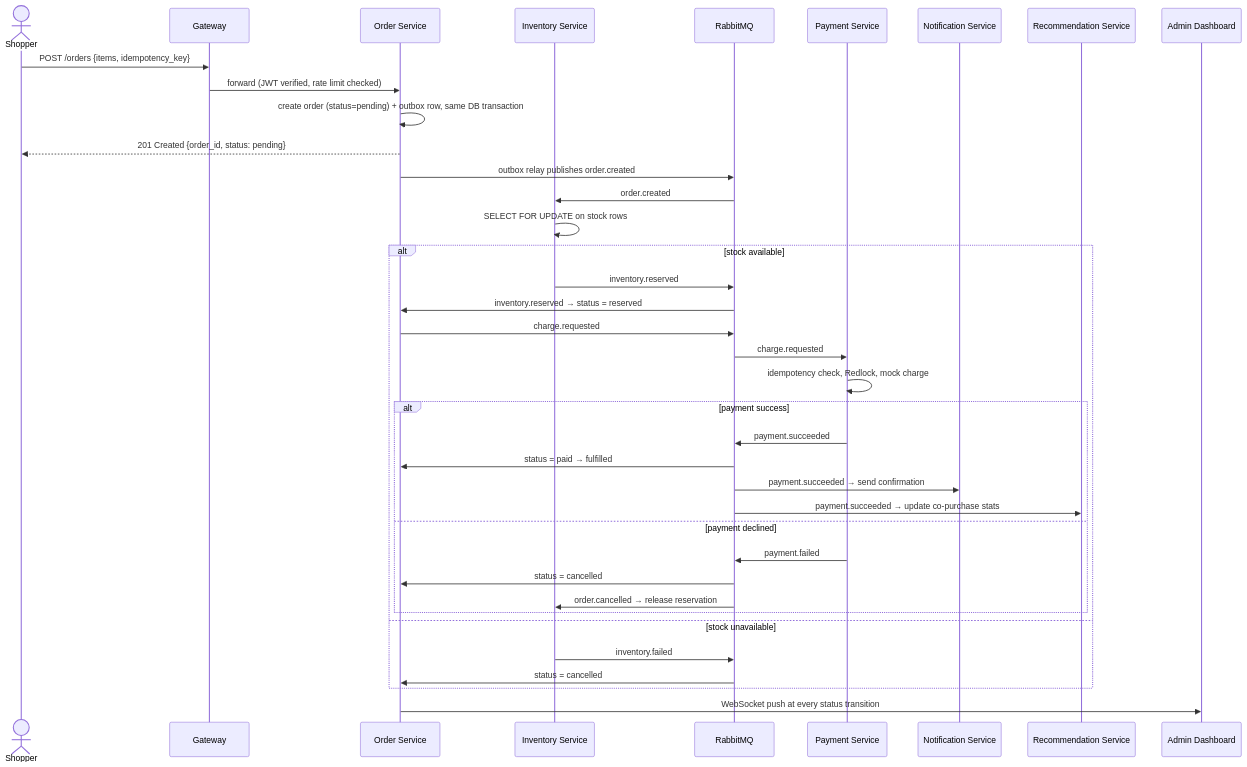
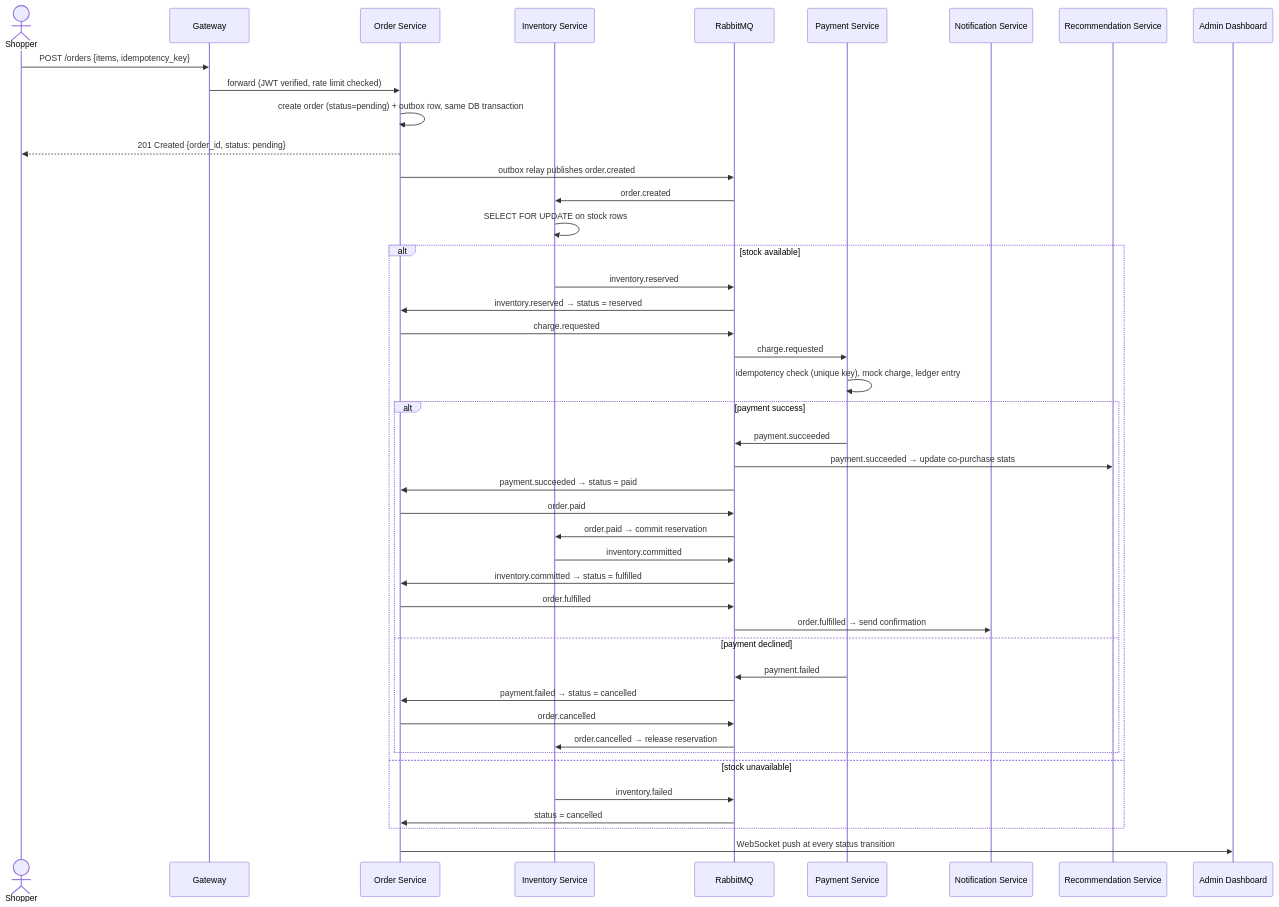
The diagram in docs/PRD.md (koushikrams29/distributed-commerce-payments-engine), drawn with Mermaid before and after one commit. The commit also changed 64 other files, not shown here.

````diff
--- a/docs/PRD.md
+++ b/docs/PRD.md
@@ -92,44 +92,50 @@
 ```mermaid
 sequenceDiagram
     actor Shopper
     participant GW as Gateway
     participant OS as Order Service
     participant IS as Inventory Service
     participant MQ as RabbitMQ
     participant PS as Payment Service
     participant NS as Notification Service
     participant RS as Recommendation Service
     participant AD as Admin Dashboard
 
     Shopper->>GW: POST /orders {items, idempotency_key}
     GW->>OS: forward (JWT verified, rate limit checked)
     OS->>OS: create order (status=pending) + outbox row, same DB transaction
     OS-->>Shopper: 201 Created {order_id, status: pending}
     OS->>MQ: outbox relay publishes order.created
     MQ->>IS: order.created
     IS->>IS: SELECT FOR UPDATE on stock rows
 
     alt stock available
         IS->>MQ: inventory.reserved
         MQ->>OS: inventory.reserved → status = reserved
         OS->>MQ: charge.requested
         MQ->>PS: charge.requested
-        PS->>PS: idempotency check, Redlock, mock charge
+        PS->>PS: idempotency check (unique key), mock charge, ledger entry
 
         alt payment success
             PS->>MQ: payment.succeeded
-            MQ->>OS: status = paid → fulfilled
-            MQ->>NS: payment.succeeded → send confirmation
             MQ->>RS: payment.succeeded → update co-purchase stats
+            MQ->>OS: payment.succeeded → status = paid
+            OS->>MQ: order.paid
+            MQ->>IS: order.paid → commit reservation
+            IS->>MQ: inventory.committed
+            MQ->>OS: inventory.committed → status = fulfilled
+            OS->>MQ: order.fulfilled
+            MQ->>NS: order.fulfilled → send confirmation
         else payment declined
             PS->>MQ: payment.failed
-            MQ->>OS: status = cancelled
+            MQ->>OS: payment.failed → status = cancelled
+            OS->>MQ: order.cancelled
             MQ->>IS: order.cancelled → release reservation
         end
     else stock unavailable
         IS->>MQ: inventory.failed
         MQ->>OS: status = cancelled
     end
 
     OS->>AD: WebSocket push at every status transition
 ```
````
